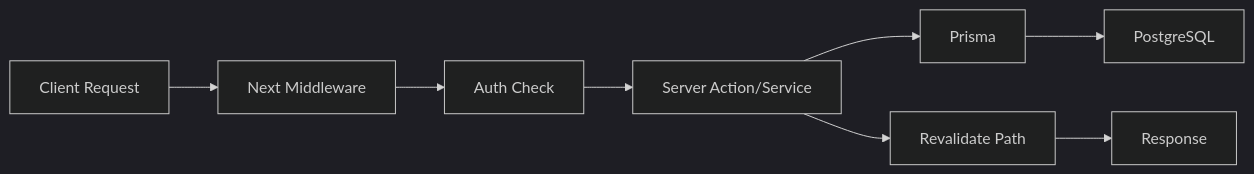
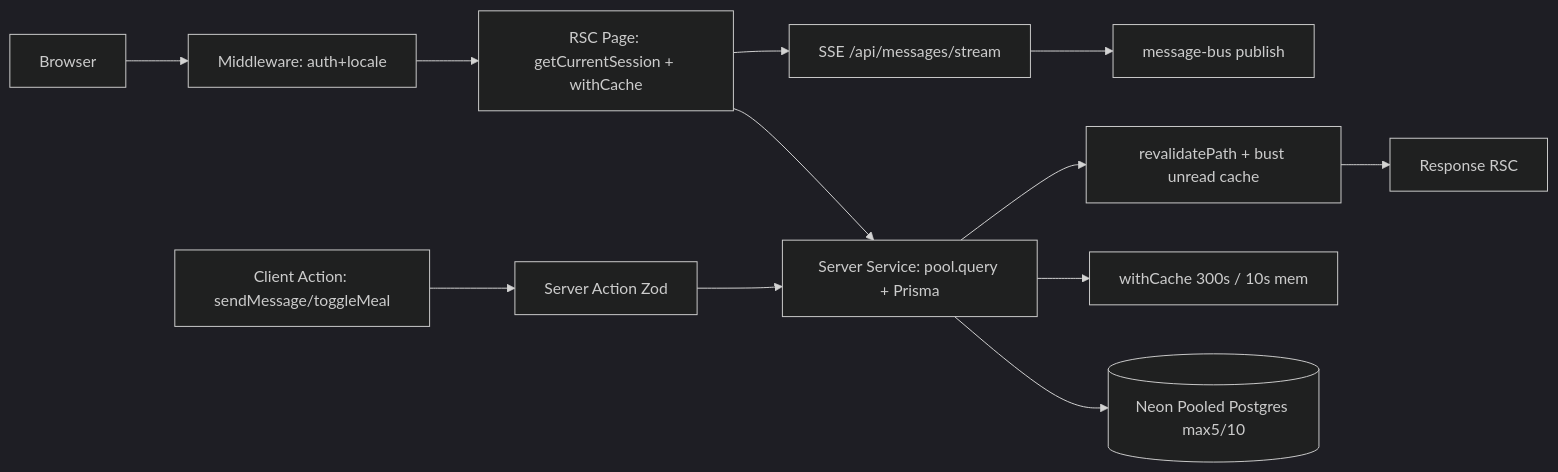
The third of 4 diagrams in TECHNICAL.md (adelahmeddev/CoachFlow), drawn with Mermaid (dark theme) before and after one commit. The commit also changed other lines of this file and 55 other files, not shown here.

````diff
--- a/TECHNICAL.md
+++ b/TECHNICAL.md
@@ -298,10 +433,14 @@
 ```mermaid
 flowchart LR
-  A[Client Request] --> B[Next Middleware]
-  B --> C[Auth Check]
-  C --> D[Server Action/Service]
-  D --> E[Prisma]
-  E --> F[PostgreSQL]
-  D --> G[Revalidate Path]
-  G --> H[Response]
+  A[Browser] --> B[Middleware: auth+locale]
+  B --> C[RSC Page: getCurrentSession + withCache]
+  C --> D[Server Service: pool.query + Prisma]
+  D --> E[(Neon Pooled Postgres max5/10)]
+  D --> F[withCache 300s / 10s mem]
+  C --> G[SSE /api/messages/stream]
+  G --> H[message-bus publish]
+  I[Client Action: sendMessage/toggleMeal] --> J[Server Action Zod]
+  J --> D
+  D --> K[revalidatePath + bust unread cache]
+  K --> L[Response RSC]
 ```
````
